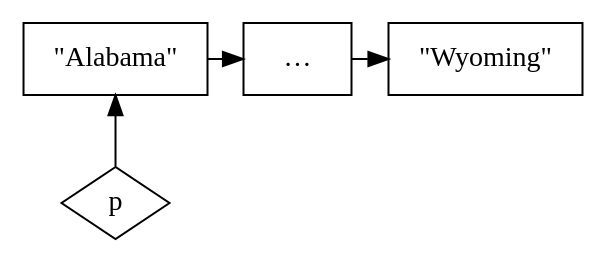
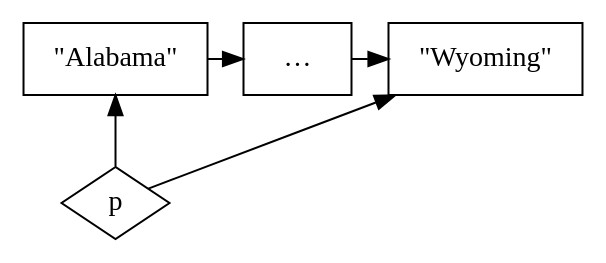
One commit to ronan-d/separation-logic-presentation changed the diagram in list.dot. Above: the diagram before and after it, drawn with Graphviz.

Commit message:
Checkpoint

```diff
--- a/list.dot
+++ b/list.dot
@@ -1,20 +1,21 @@
 digraph List {
     rankdir = BT;
 
-    p [shape = diamond,label = p]
+    p [shape = diamond, label = p, group = "first"]
 
     node [shape=box];
 
     subgraph cells {
         rank=same;
 
-        c1 [label = "\"Alabama\""]
+        c1 [label = "\"Alabama\"", group = "first"]
         c2 [label = "…"]
         c3 [label = "\"Wyoming\""]
 
         c1 -> c2;
         c2 -> c3;
     }
 
-    p -> c1;
+    p -> c1 [weigth = 2];
+    p -> c3;
 }
```
